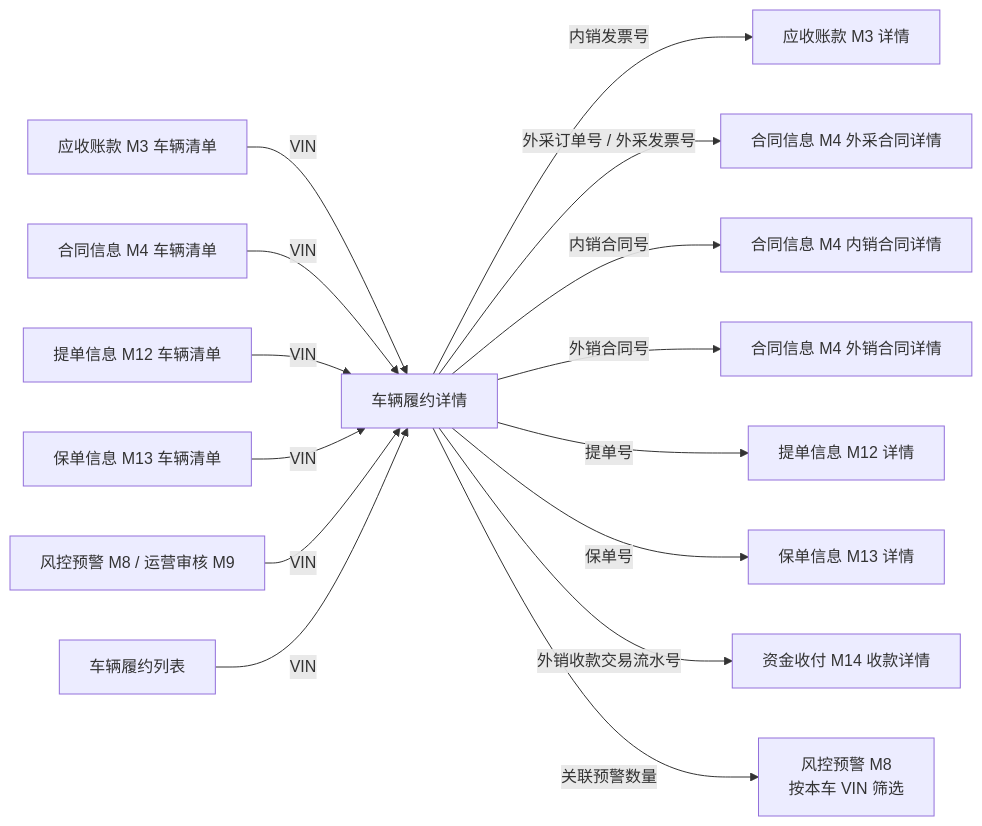
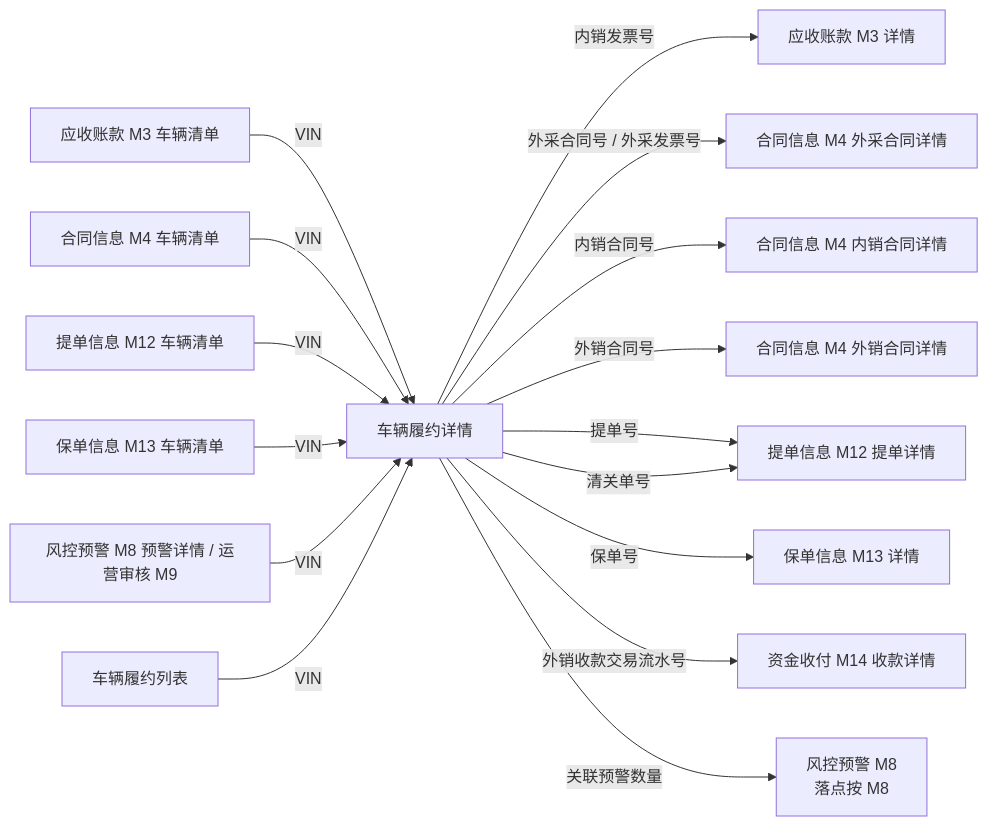
The third of 4 diagrams in asset-trust-platform/PRD/运营端/M5-车辆履约/02-车辆履约-流程图与状态机.md (wxblockchain/Chain-Financing), drawn with Mermaid before and after one commit. The commit also changed other lines of this file and 3 other files, not shown here.

````diff
--- a/asset-trust-platform/PRD/运营端/M5-车辆履约/02-车辆履约-流程图与状态机.md
+++ b/asset-trust-platform/PRD/运营端/M5-车辆履约/02-车辆履约-流程图与状态机.md
@@ -72,18 +72,19 @@
 ```mermaid
 flowchart LR
     M3V[应收账款 M3 车辆清单] -- VIN --> V
     M4V[合同信息 M4 车辆清单] -- VIN --> V
     M12V[提单信息 M12 车辆清单] -- VIN --> V
     M13V[保单信息 M13 车辆清单] -- VIN --> V
-    M8V[风控预警 M8 / 运营审核 M9] -- VIN --> V
+    M8V[风控预警 M8 预警详情 / 运营审核 M9] -- VIN --> V
     L[车辆履约列表] -- VIN --> V
     V[车辆履约详情]
     V -- 内销发票号 --> AR[应收账款 M3 详情]
-    V -- 外采订单号 / 外采发票号 --> CP[合同信息 M4 外采合同详情]
+    V -- 外采合同号 / 外采发票号 --> CP[合同信息 M4 外采合同详情]
     V -- 内销合同号 --> CM[合同信息 M4 内销合同详情]
     V -- 外销合同号 --> CS[合同信息 M4 外销合同详情]
-    V -- 提单号 --> BL[提单信息 M12 详情]
+    V -- 提单号 --> BL[提单信息 M12 提单详情]
+    V -- 清关单号 --> BL
     V -- 保单号 --> IN[保单信息 M13 详情]
     V -- 外销收款交易流水号 --> F[资金收付 M14 收款详情]
-    V -- 关联预警数量 --> W[风控预警 M8<br/>按本车 VIN 筛选]
+    V -- 关联预警数量 --> W[风控预警 M8<br/>落点按 M8]
 ```
````
